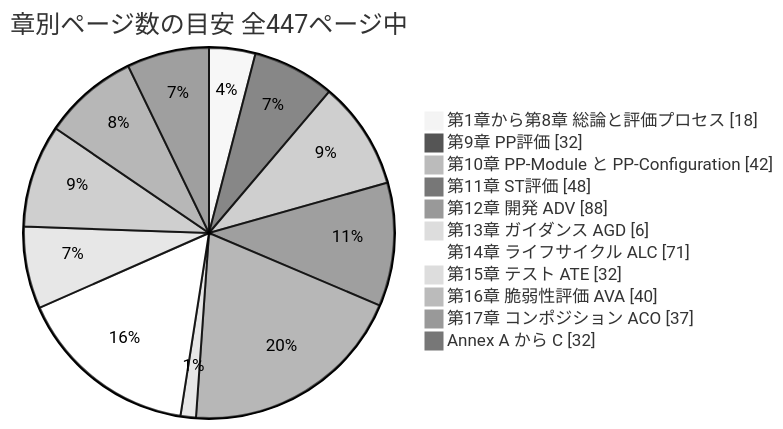
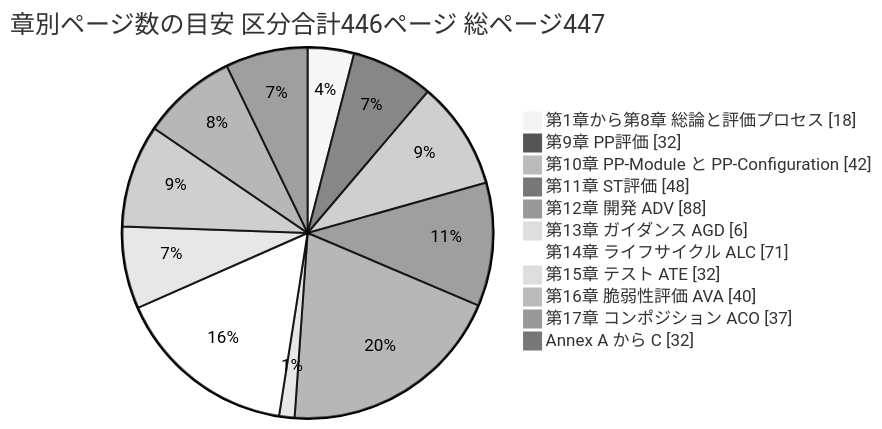
Before and after one commit to myoshi2891/Security_Studies: the eighth of 18 diagrams in Iso-iec-18045-2026-guide.md, drawn with Mermaid (neutral theme). The commit also changed other lines of this file, not shown here.

````diff
--- a/Iso-iec-18045-2026-guide.md
+++ b/Iso-iec-18045-2026-guide.md
@@ -324,15 +328,15 @@
 ```mermaid
 pie showData
-    title 章別ページ数の目安 全447ページ中
+    title 章別ページ数の目安 区分合計446ページ 総ページ447
     "第1章から第8章 総論と評価プロセス" : 18
     "第9章 PP評価" : 32
     "第10章 PP-Module と PP-Configuration" : 42
     "第11章 ST評価" : 48
     "第12章 開発 ADV" : 88
     "第13章 ガイダンス AGD" : 6
     "第14章 ライフサイクル ALC" : 71
     "第15章 テスト ATE" : 32
     "第16章 脆弱性評価 AVA" : 40
     "第17章 コンポジション ACO" : 37
     "Annex A から C" : 32
 ```
````
